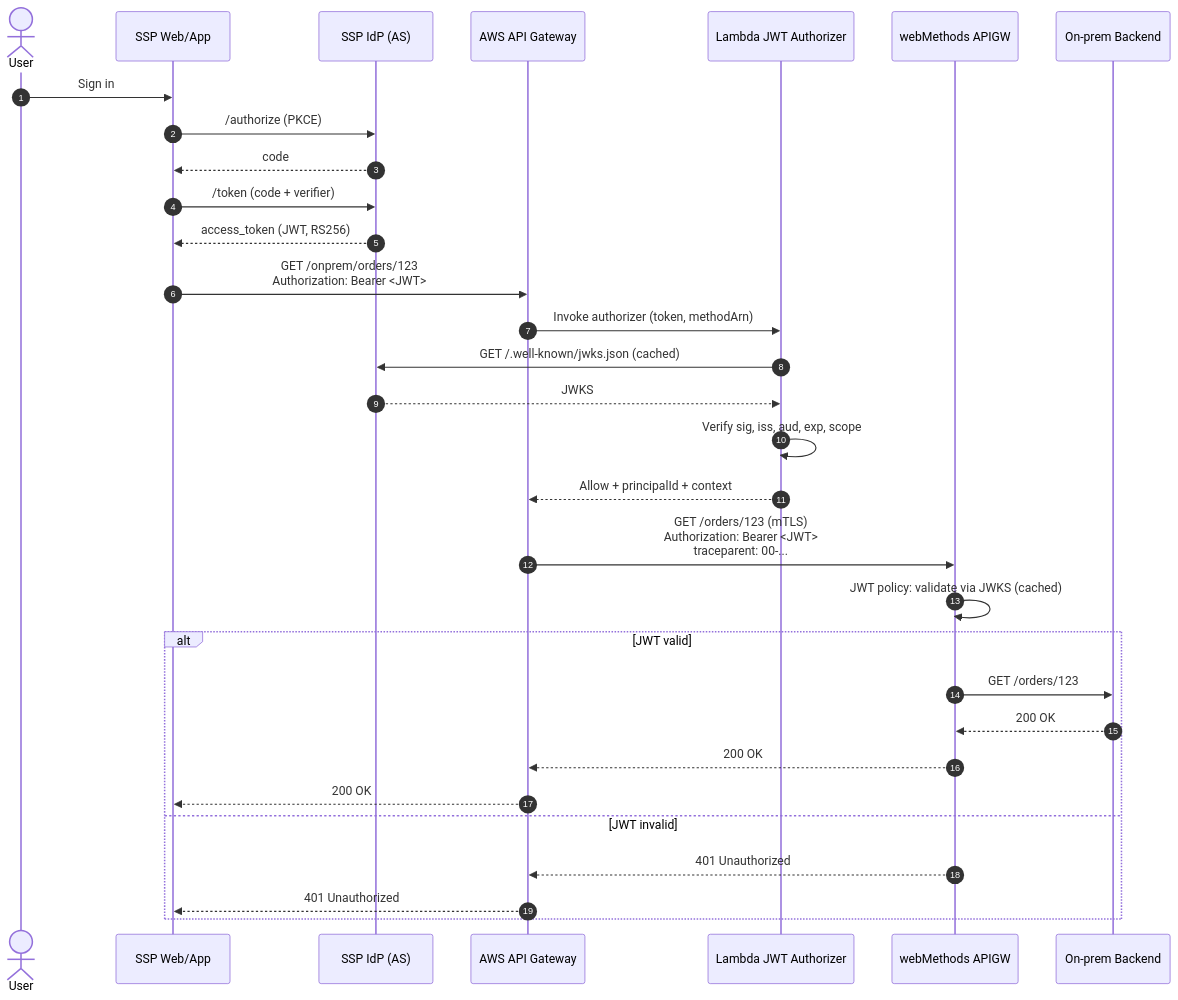
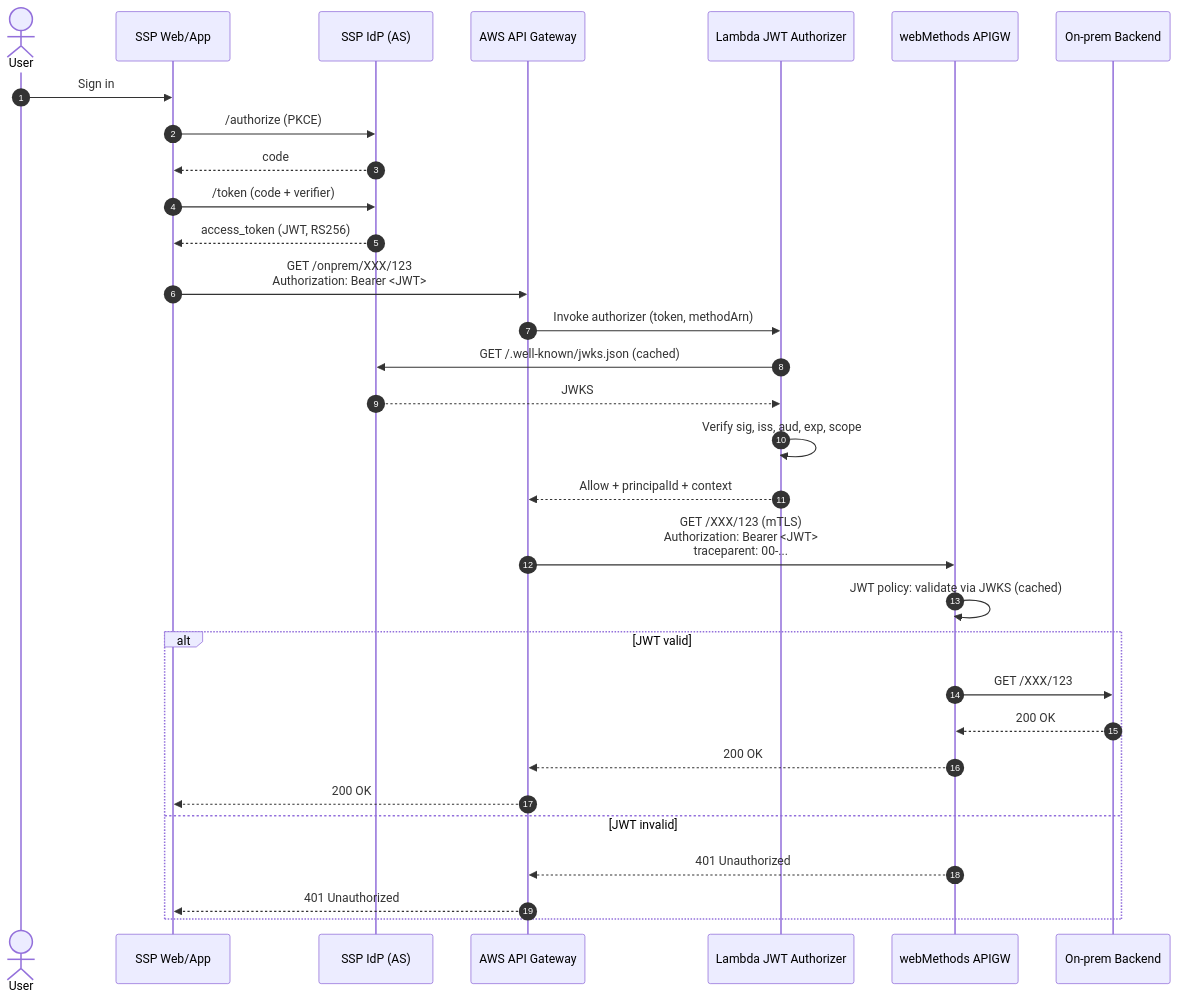
One commit to kantheti73/aws_ssp_webmethods_onprem changed the first of 3 diagrams in docs/02-oauth-flow.md. Above: the diagram before and after it, drawn with Mermaid. The commit also changed other lines of this file, not shown here.

Commit message:
Update OAuth flow documentation for new API audience

````diff
--- a/docs/02-oauth-flow.md
+++ b/docs/02-oauth-flow.md
@@ -36,36 +36,36 @@
 ```mermaid
 sequenceDiagram
     autonumber
     actor User
     participant SSP as SSP Web/App
     participant IdP as SSP IdP (AS)
     participant AWS as AWS API Gateway
     participant LA as Lambda JWT Authorizer
     participant WM as webMethods APIGW
     participant BE as On-prem Backend
 
     User->>SSP: Sign in
     SSP->>IdP: /authorize (PKCE)
     IdP-->>SSP: code
     SSP->>IdP: /token (code + verifier)
     IdP-->>SSP: access_token (JWT, RS256)
 
-    SSP->>AWS: GET /onprem/orders/123<br/>Authorization: Bearer <JWT>
+    SSP->>AWS: GET /onprem/XXX/123<br/>Authorization: Bearer <JWT>
     AWS->>LA: Invoke authorizer (token, methodArn)
     LA->>IdP: GET /.well-known/jwks.json (cached)
     IdP-->>LA: JWKS
     LA->>LA: Verify sig, iss, aud, exp, scope
     LA-->>AWS: Allow + principalId + context
 
-    AWS->>WM: GET /orders/123 (mTLS)<br/>Authorization: Bearer <JWT><br/>traceparent: 00-...
+    AWS->>WM: GET /XXX/123 (mTLS)<br/>Authorization: Bearer <JWT><br/>traceparent: 00-...
     WM->>WM: JWT policy: validate via JWKS (cached)
     alt JWT valid
-        WM->>BE: GET /orders/123
+        WM->>BE: GET /XXX/123
         BE-->>WM: 200 OK
         WM-->>AWS: 200 OK
         AWS-->>SSP: 200 OK
     else JWT invalid
         WM-->>AWS: 401 Unauthorized
         AWS-->>SSP: 401 Unauthorized
     end
 ```
````
